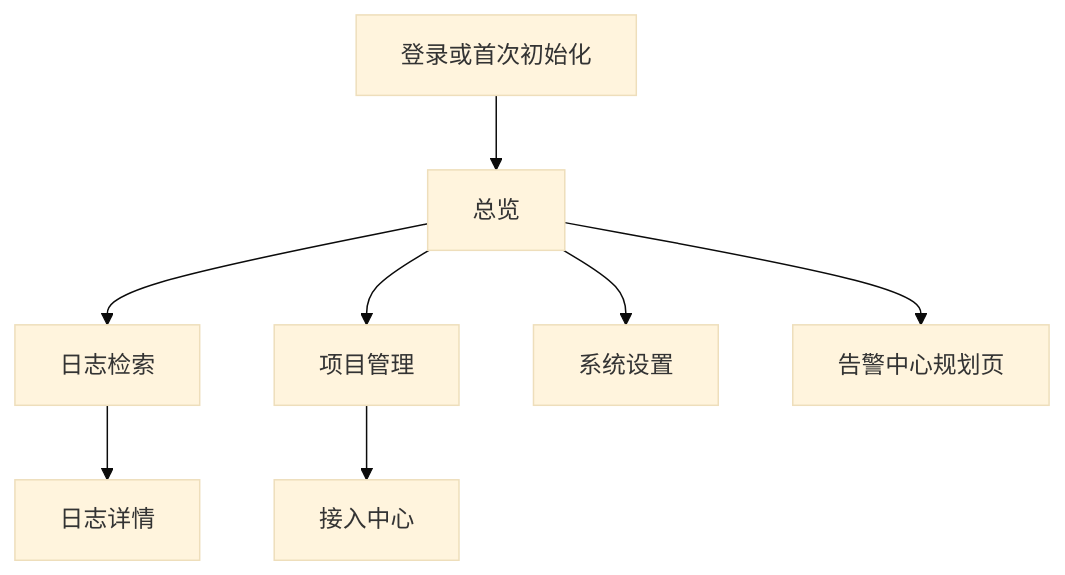
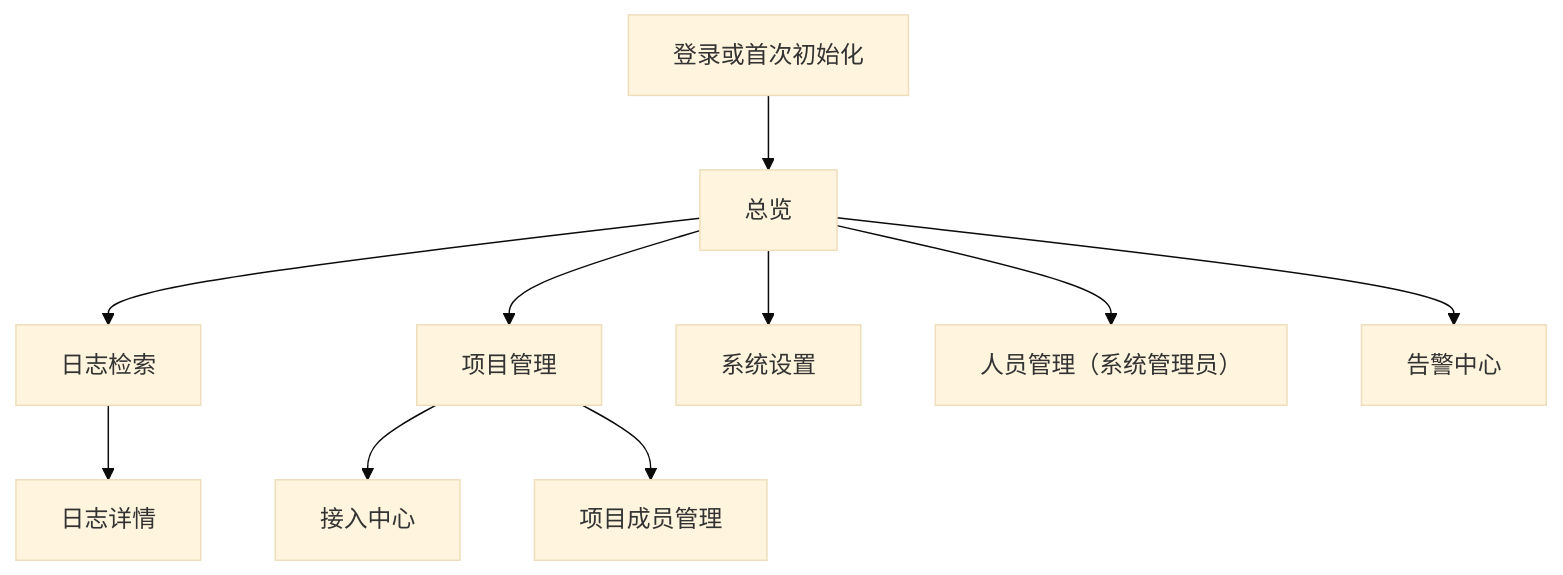
One commit to laibeishui/LogPilot changed the first of 3 diagrams in docs/05_LogPilot_V0.1_UI页面详细设计.md. Above: the diagram before and after it, drawn with Mermaid (base theme). The commit also changed other lines of this file and 73 other files, not shown here.

````diff
--- a/docs/05_LogPilot_V0.1_UI页面详细设计.md
+++ b/docs/05_LogPilot_V0.1_UI页面详细设计.md
@@ -36,10 +38,12 @@
 ```mermaid
 graph TD
     A["登录或首次初始化"] --> B["总览"]
     B --> C["日志检索"]
     C --> D["日志详情"]
     B --> E["项目管理"]
     E --> F["接入中心"]
     B --> G["系统设置"]
-    B --> H["告警中心规划页"]
+    E --> M["项目成员管理"]
+    B --> U["人员管理（系统管理员）"]
+    B --> H["告警中心"]
 ```
````
